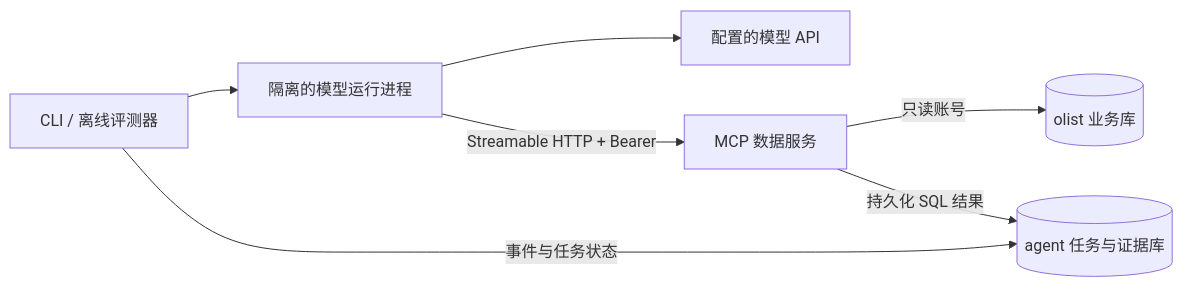
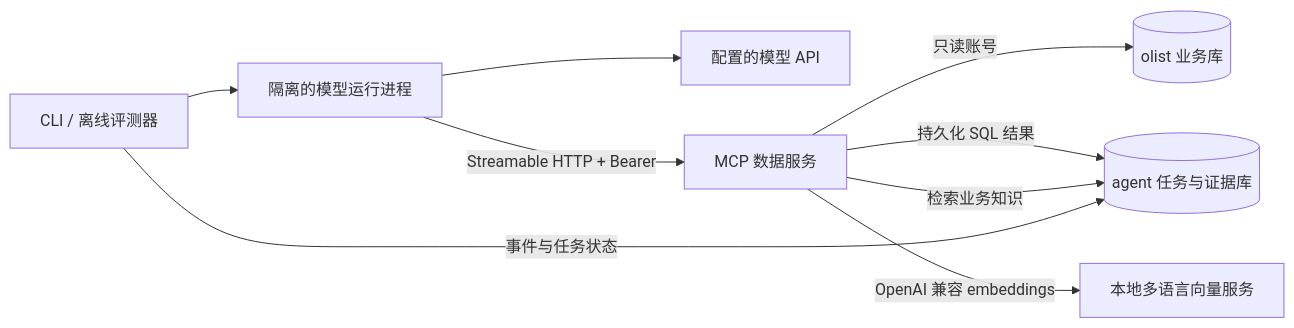
Before and after one commit to azbycxd/olist: the diagram in README.md, drawn with Mermaid. The commit also changed other lines of this file and 46 other files, not shown here.

````diff
--- a/README.md
+++ b/README.md
@@ -127,9 +127,11 @@
 ```mermaid
 flowchart LR
   CLI[CLI / 离线评测器] --> Runtime[隔离的模型运行进程]
   Runtime --> Model[配置的模型 API]
   Runtime -->|Streamable HTTP + Bearer| MCP[MCP 数据服务]
   MCP -->|只读账号| Olist[(olist 业务库)]
   MCP -->|持久化 SQL 结果| Agent[(agent 任务与证据库)]
+  MCP -->|检索业务知识| Agent
+  MCP -->|OpenAI 兼容 embeddings| Embeddings[本地多语言向量服务]
   CLI -->|事件与任务状态| Agent
 ```
````
